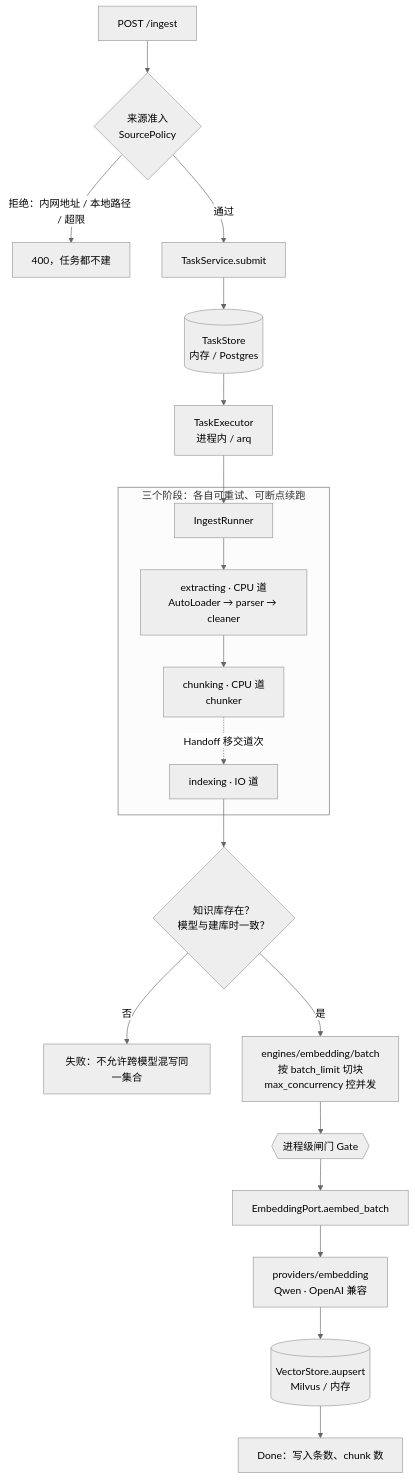
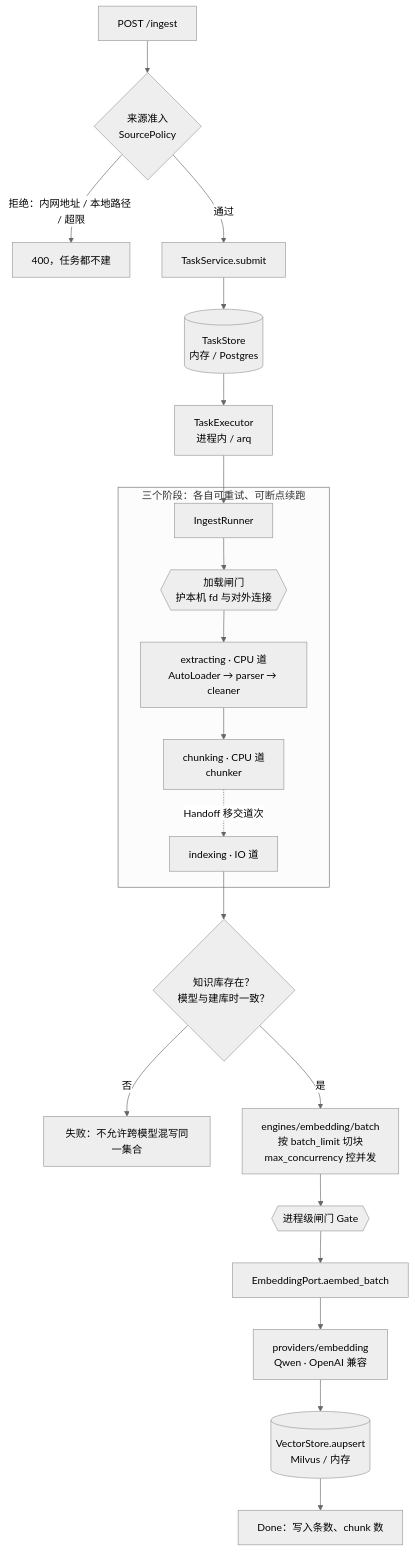
Before and after one commit to comet-7x/comet-rag: the second of 3 diagrams in docs/structure.md, drawn with Mermaid (neutral theme). The commit also changed other lines of this file and 16 other files, not shown here.

````diff
--- a/docs/structure.md
+++ b/docs/structure.md
@@ -138,24 +138,25 @@
 ```mermaid
 flowchart TD
     A["POST /ingest"] --> P{"来源准入<br/>SourcePolicy"}
     P -->|"拒绝：内网地址 / 本地路径 / 超限"| PX["400，任务都不建"]
     P -->|通过| B["TaskService.submit"]
     B --> C[("TaskStore<br/>内存 / Postgres")]
     C --> D["TaskExecutor<br/>进程内 / arq"]
     D --> E["IngestRunner"]
 
     subgraph ST["三个阶段：各自可重试、可断点续跑"]
-        E --> F["extracting · CPU 道<br/>AutoLoader → parser → cleaner"]
+        E --> LG{{"加载闸门<br/>护本机 fd 与对外连接"}}
+        LG --> F["extracting · CPU 道<br/>AutoLoader → parser → cleaner"]
         F --> G["chunking · CPU 道<br/>chunker"]
         G -.->|"Handoff 移交道次"| H["indexing · IO 道"]
     end
 
     H --> KB{"知识库存在？<br/>模型与建库时一致？"}
     KB -->|否| KBX["失败：不允许跨模型混写同一集合"]
     KB -->|是| I["engines/embedding/batch<br/>按 batch_limit 切块<br/>max_concurrency 控并发"]
     I --> GATE{{"进程级闸门 Gate"}}
     GATE --> J["EmbeddingPort.aembed_batch"]
     J --> K["providers/embedding<br/>Qwen · OpenAI 兼容"]
     K --> L[("VectorStore.aupsert<br/>Milvus / 内存")]
     L --> M["Done：写入条数、chunk 数"]
 ```
````
